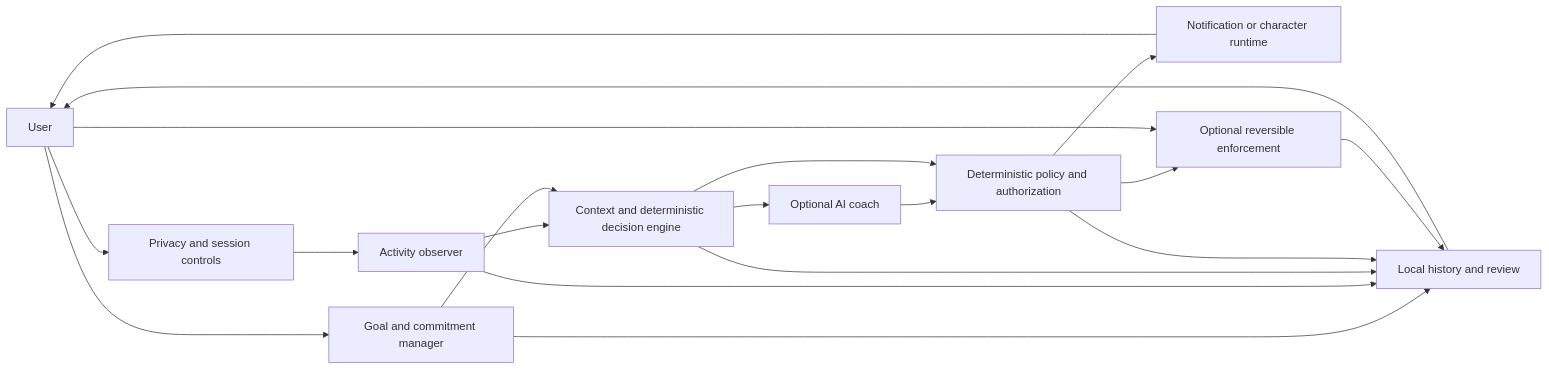
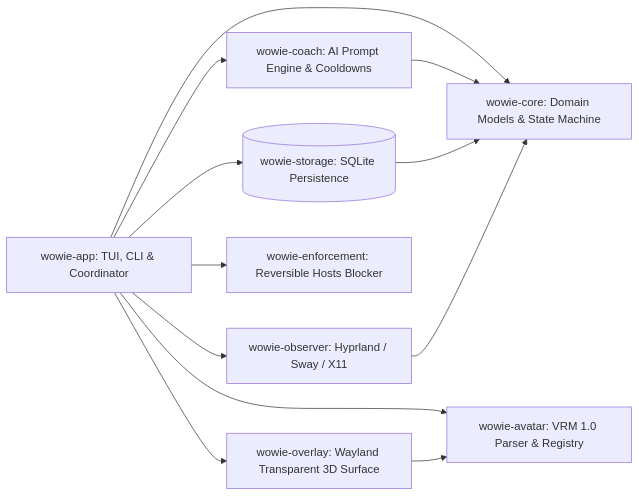
Before and after one commit to vijaygovindBiju/Wowie-: the diagram in README.md, drawn with Mermaid. The commit also changed other lines of this file and 144 other files, not shown here.

First line of the commit message:
feat: implement Wowie MVP with AI coach, Linux observer, 3D overlay, and enforcement

````diff
--- a/README.md
+++ b/README.md
@@ -93,21 +91,23 @@
 ```mermaid
 flowchart LR
-  User --> Goals[Goal and commitment manager]
-  User --> Consent[Privacy and session controls]
-  Consent --> Observer[Activity observer]
-  Observer --> Context[Context and deterministic decision engine]
-  Goals --> Context
-  Context --> Coach[Optional AI coach]
-  Coach --> Policy[Deterministic policy and authorization]
-  Context --> Policy
-  Policy --> Presentation[Notification or character runtime]
-  Policy --> Enforcement[Optional reversible enforcement]
-  User --> Enforcement
-  Goals --> History[Local history and review]
-  Observer --> History
-  Context --> History
-  Policy --> History
-  Presentation --> User
-  Enforcement --> History
-  History --> User
+  UI[wowie-app: TUI, CLI & Coordinator]
+  Observer[wowie-observer: Hyprland / Sway / X11]
+  Coach[wowie-coach: AI Prompt Engine & Cooldowns]
+  Avatar[wowie-avatar: VRM 1.0 Parser & Registry]
+  Overlay[wowie-overlay: Wayland Transparent 3D Surface]
+  Enforce[wowie-enforcement: Reversible Hosts Blocker]
+  Store[(wowie-storage: SQLite Persistence)]
+  Core[wowie-core: Domain Models & State Machine]
+
+  UI --> Core
+  UI --> Store
+  UI --> Observer
+  UI --> Coach
+  UI --> Avatar
+  UI --> Overlay
+  UI --> Enforce
+  Coach --> Core
+  Store --> Core
+  Observer --> Core
+  Overlay --> Avatar
 ```
````
